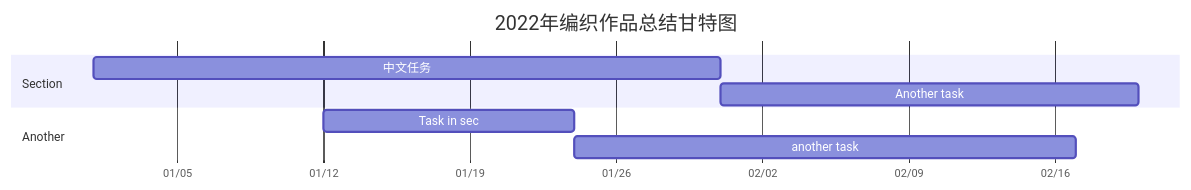
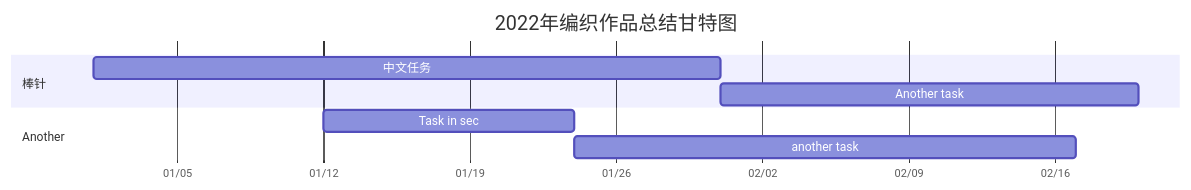
One commit to JiYouMCC/JiYouMCC.github.io changed the diagram in _posts/2019-01-29-86.markdown. Above: the diagram before and after it, drawn with Mermaid.

````diff
--- a/_posts/2019-01-29-86.markdown
+++ b/_posts/2019-01-29-86.markdown
@@ -18,11 +18,11 @@
 ```mermaid
 gantt
     title 2022年编织作品总结甘特图
     axisFormat %m/%d
-    section Section
+    section 棒针
     中文任务           :a1, 2014-01-01, 30d
     Another task     :after a1  , 20d
     section Another
     Task in sec      :2014-01-12  , 12d
     another task      : 24d
 ```
````
